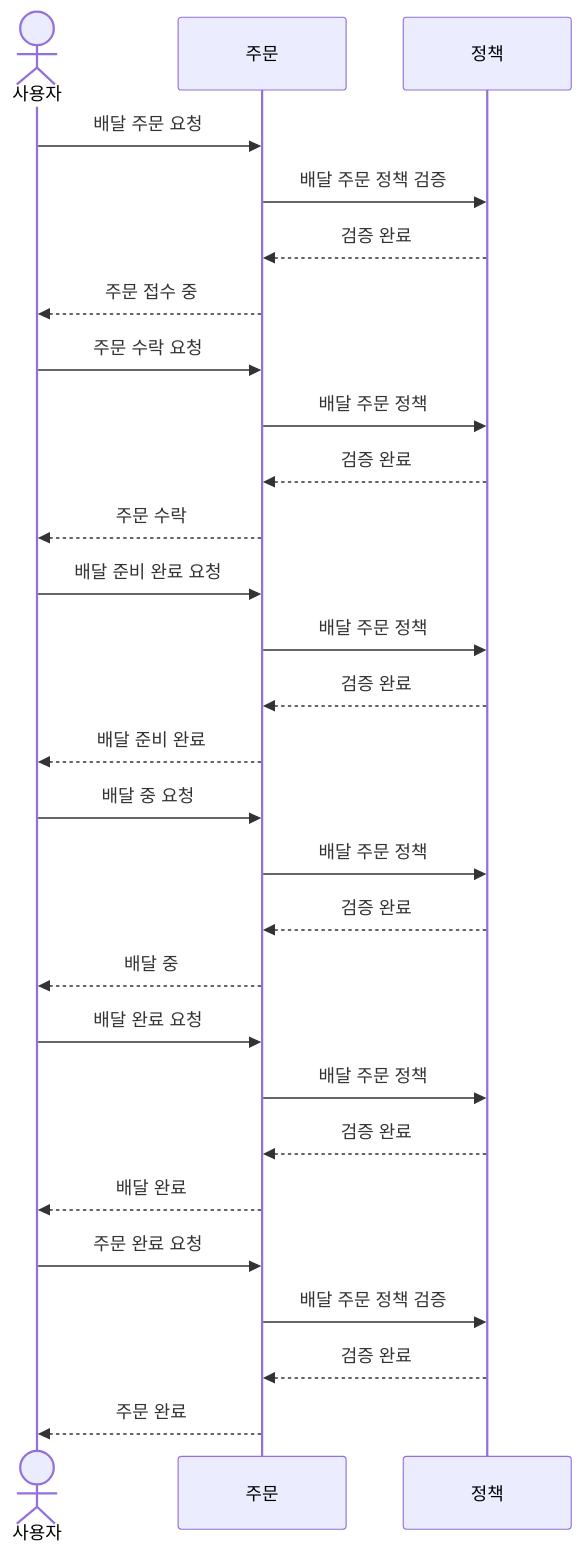
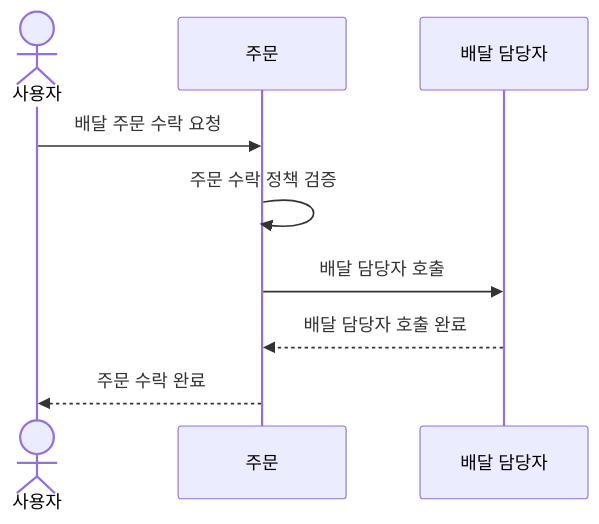
One commit to dkswnkk/ddd-strategic-design changed the eighth of 22 diagrams in README.md. Above: the diagram before and after it, drawn with Mermaid. The commit also changed other lines of this file, not shown here.

````diff
--- a/README.md
+++ b/README.md
@@ -280,31 +340,11 @@
 ```mermaid
 sequenceDiagram
-    actor User as 사용자
+    actor Guest as 사용자
     participant Order as 주문
-    participant Policy as 정책
-    User ->> Order: 배달 주문 요청
-    Order ->> Policy: 배달 주문 정책 검증
-    Policy -->> Order: 검증 완료
-    Order -->> User: 주문 접수 중
-    User ->> Order: 주문 수락 요청
-    Order ->> Policy: 배달 주문 정책
-    Policy -->> Order: 검증 완료
-    Order -->> User: 주문 수락
-    User ->> Order: 배달 준비 완료 요청
-    Order ->> Policy: 배달 주문 정책
-    Policy -->> Order: 검증 완료
-    Order -->> User: 배달 준비 완료
-    User ->> Order: 배달 중 요청
-    Order ->> Policy: 배달 주문 정책
-    Policy -->> Order: 검증 완료
-    Order -->> User: 배달 중
-    User ->> Order: 배달 완료 요청
-    Order ->> Policy: 배달 주문 정책
-    Policy -->> Order: 검증 완료
-    Order -->> User: 배달 완료
-    User ->> Order: 주문 완료 요청
-    Order ->> Policy: 배달 주문 정책 검증
-    Policy -->> Order: 검증 완료
-    Order -->> User: 주문 완료
-
+    participant DeliveryRider as 배달 담당자
+    Guest ->> Order: 배달 주문 수락 요청
+    Order ->> Order: 주문 수락 정책 검증
+    Order ->> DeliveryRider: 배달 담당자 호출
+    DeliveryRider -->> Order: 배달 담당자 호출 완료
+    Order -->> Guest: 주문 수락 완료
 ```
````
